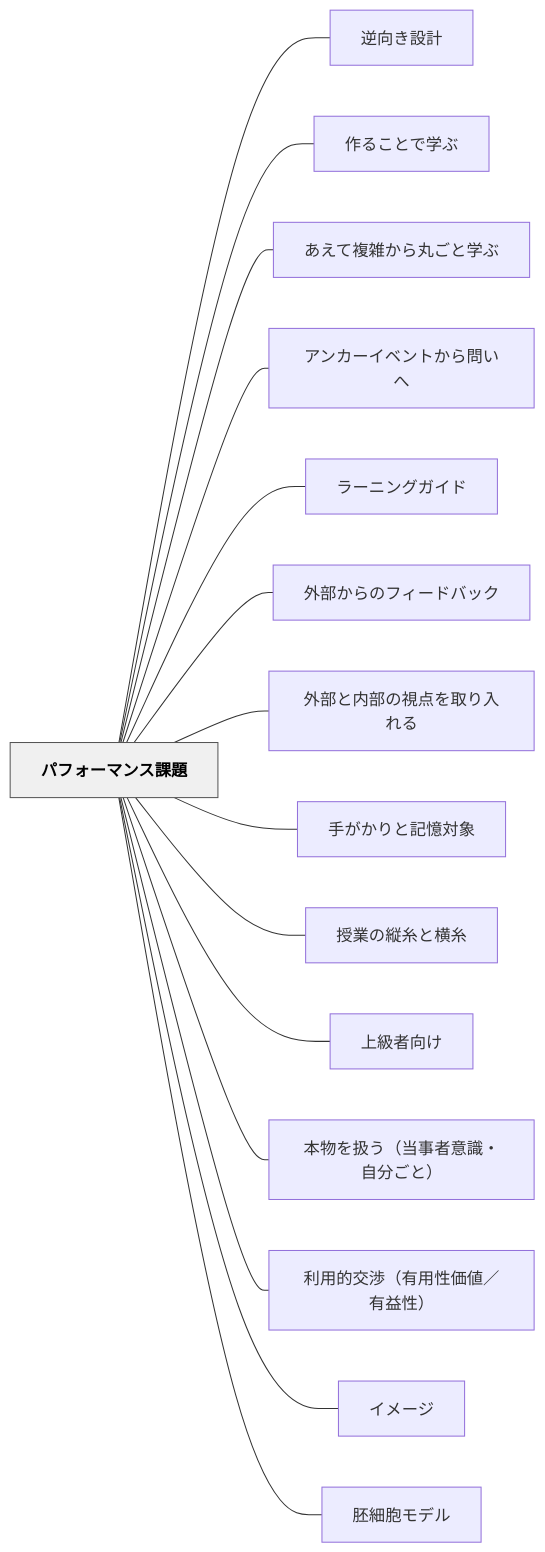
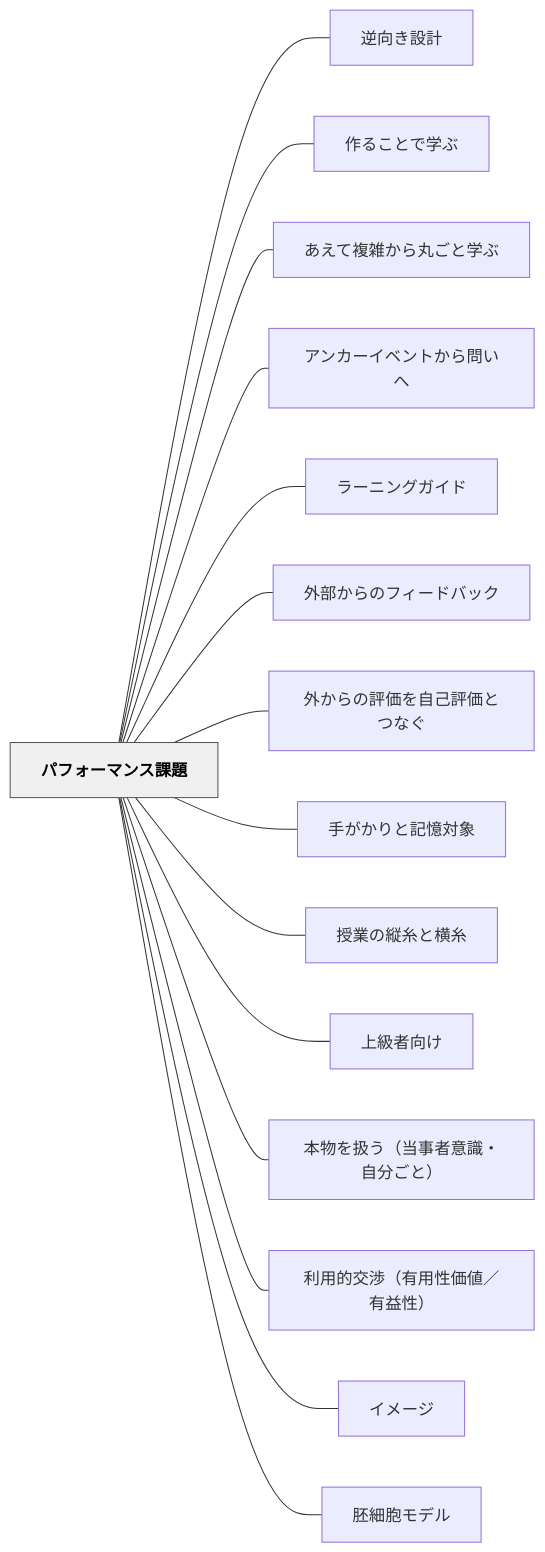
Before and after one commit to unknownthings-ed-patterns/unknownthings-ed-patterns: the diagram in content/パタン/パフォーマンス課題.md, drawn with Mermaid. The commit also changed other lines of this file and 8 other files, not shown here.

````diff
--- a/content/パタン/パフォーマンス課題.md
+++ b/content/パタン/パフォーマンス課題.md
@@ -99,36 +99,36 @@
 ```mermaid
 flowchart LR
     ne38391e38395e382a9e383bce3839ee383b3e382b9e8aab2e9a18c["パフォーマンス課題"]
     ne98086e59091e3818de8a8ade8a888["逆向き設計"]
     ne4bd9ce3828be38193e381a8e381a7e5ada6e381b6["作ることで学ぶ"]
     ne38182e38188e381a6e8a487e99b91e3818be38289e4b8b8e38194e381a8e5ada6e381b6["あえて複雑から丸ごと学ぶ"]
     ne382a2e383b3e382abe383bce382a4e38399e383b3e38388e3818be38289e5958fe38184e381b8["アンカーイベントから問いへ"]
     ne383a9e383bce3838be383b3e382b0e382ace382a4e38389["ラーニングガイド"]
     ne5a496e983a8e3818be38289e381aee38395e382a3e383bce38389e38390e38383e382af["外部からのフィードバック"]
-    ne5a496e983a8e381a8e58685e983a8e381aee8a696e782b9e38292e58f96e3828ae585a5e3828ce3828b["外部と内部の視点を取り入れる"]
+    ne5a496e3818be38289e381aee8a995e4bea1e38292e887aae5b7b1e8a995e4bea1e381a8e381a4e381aae38190["外からの評価を自己評価とつなぐ"]
     ne6898be3818ce3818be3828ae381a8e8a898e686b6e5afbee8b1a1["手がかりと記憶対象"]
     ne68e88e6a5ade381aee7b8a6e7b3b8e381a8e6a8aae7b3b8["授業の縦糸と横糸"]
     ne4b88ae7b49ae88085e59091e38191["上級者向け"]
     ne69cace789a9e38292e689b1e38186efbc88e5bd93e4ba8be88085e6848fe8ad98e383bbe887aae58886e38194e381a8efbc89["本物を扱う（当事者意識・自分ごと）"]
     ne588a9e794a8e79a84e4baa4e6b889efbc88e69c89e794a8e680a7e4bea1e580a4efbc8fe69c89e79b8ae680a7efbc89["利用的交渉（有用性価値／有益性）"]
     ne382a4e383a1e383bce382b8["イメージ"]
     ne8839ae7b4b0e8839ee383a2e38387e383ab["胚細胞モデル"]
 
     ne38391e38395e382a9e383bce3839ee383b3e382b9e8aab2e9a18c --- ne98086e59091e3818de8a8ade8a888
     ne38391e38395e382a9e383bce3839ee383b3e382b9e8aab2e9a18c --- ne4bd9ce3828be38193e381a8e381a7e5ada6e381b6
     ne38391e38395e382a9e383bce3839ee383b3e382b9e8aab2e9a18c --- ne38182e38188e381a6e8a487e99b91e3818be38289e4b8b8e38194e381a8e5ada6e381b6
     ne38391e38395e382a9e383bce3839ee383b3e382b9e8aab2e9a18c --- ne382a2e383b3e382abe383bce382a4e38399e383b3e38388e3818be38289e5958fe38184e381b8
     ne38391e38395e382a9e383bce3839ee383b3e382b9e8aab2e9a18c --- ne383a9e383bce3838be383b3e382b0e382ace382a4e38389
     ne38391e38395e382a9e383bce3839ee383b3e382b9e8aab2e9a18c --- ne5a496e983a8e3818be38289e381aee38395e382a3e383bce38389e38390e38383e382af
-    ne38391e38395e382a9e383bce3839ee383b3e382b9e8aab2e9a18c --- ne5a496e983a8e381a8e58685e983a8e381aee8a696e782b9e38292e58f96e3828ae585a5e3828ce3828b
+    ne38391e38395e382a9e383bce3839ee383b3e382b9e8aab2e9a18c --- ne5a496e3818be38289e381aee8a995e4bea1e38292e887aae5b7b1e8a995e4bea1e381a8e381a4e381aae38190
     ne38391e38395e382a9e383bce3839ee383b3e382b9e8aab2e9a18c --- ne6898be3818ce3818be3828ae381a8e8a898e686b6e5afbee8b1a1
     ne38391e38395e382a9e383bce3839ee383b3e382b9e8aab2e9a18c --- ne68e88e6a5ade381aee7b8a6e7b3b8e381a8e6a8aae7b3b8
     ne38391e38395e382a9e383bce3839ee383b3e382b9e8aab2e9a18c --- ne4b88ae7b49ae88085e59091e38191
     ne38391e38395e382a9e383bce3839ee383b3e382b9e8aab2e9a18c --- ne69cace789a9e38292e689b1e38186efbc88e5bd93e4ba8be88085e6848fe8ad98e383bbe887aae58886e38194e381a8efbc89
     ne38391e38395e382a9e383bce3839ee383b3e382b9e8aab2e9a18c --- ne588a9e794a8e79a84e4baa4e6b889efbc88e69c89e794a8e680a7e4bea1e580a4efbc8fe69c89e79b8ae680a7efbc89
     ne38391e38395e382a9e383bce3839ee383b3e382b9e8aab2e9a18c --- ne382a4e383a1e383bce382b8
     ne38391e38395e382a9e383bce3839ee383b3e382b9e8aab2e9a18c --- ne8839ae7b4b0e8839ee383a2e38387e383ab
 
     classDef hub fill:#f0f0f0,stroke:#555,color:#000,font-weight:bold
     class ne38391e38395e382a9e383bce3839ee383b3e382b9e8aab2e9a18c hub
 ```
````
